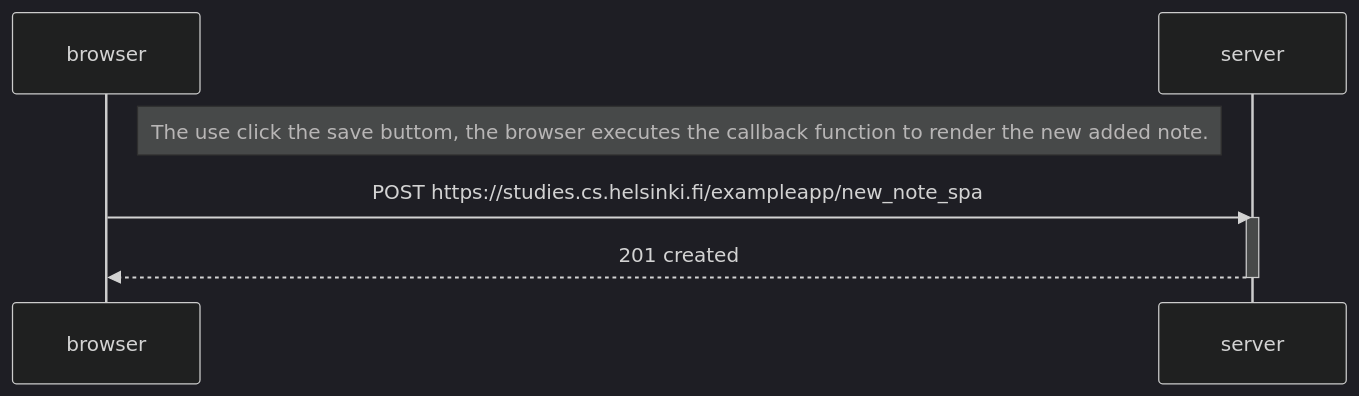
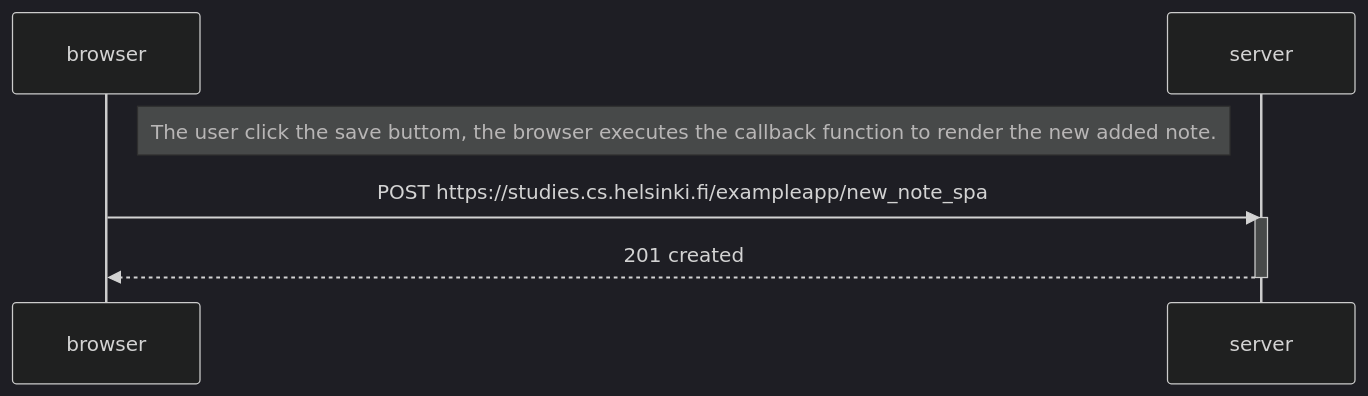
One commit to RiverCX/helsinki-fullstack-course changed the diagram in part0/0.6_SinglePageNewNoteAppDiagram.md. Above: the diagram before and after it, drawn with Mermaid (dark theme).

````diff
--- a/part0/0.6_SinglePageNewNoteAppDiagram.md
+++ b/part0/0.6_SinglePageNewNoteAppDiagram.md
@@ -1,12 +1,12 @@
 ```mermaid
 sequenceDiagram
   participant browser
   participant server
 
-  Note right of browser: The use click the save buttom, the browser executes the callback function to render the new added note.
+  Note right of browser: The user click the save buttom, the browser executes the callback function to render the new added note.
   browser->>server: POST https://studies.cs.helsinki.fi/exampleapp/new_note_spa
   activate server
   server-->>browser: 201 created
   deactivate server
 
 ```
````
